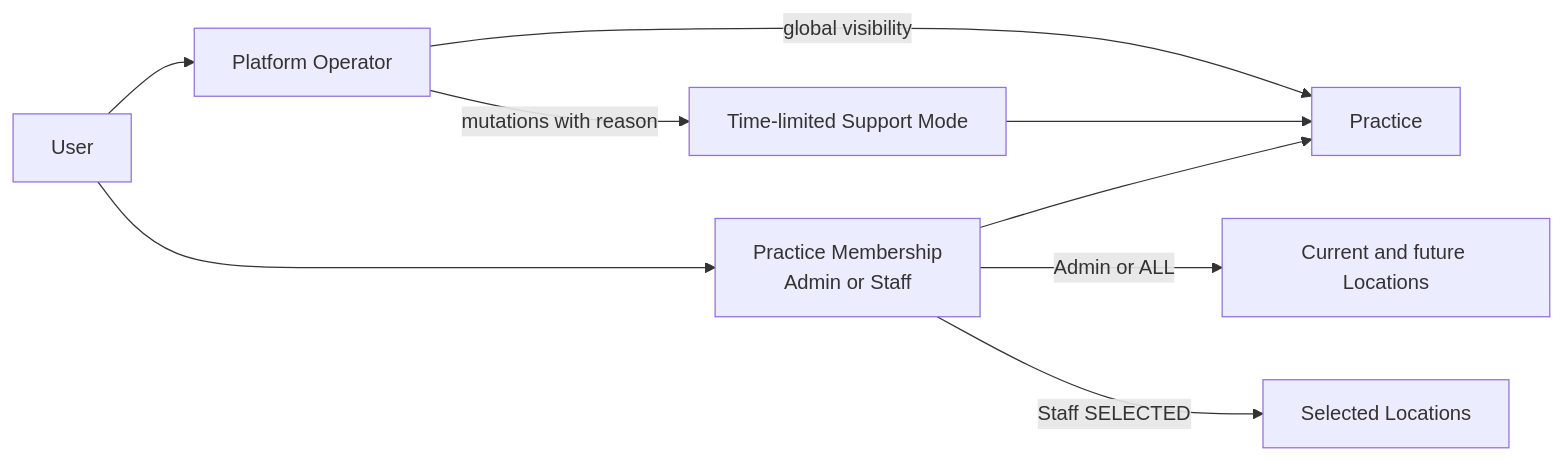
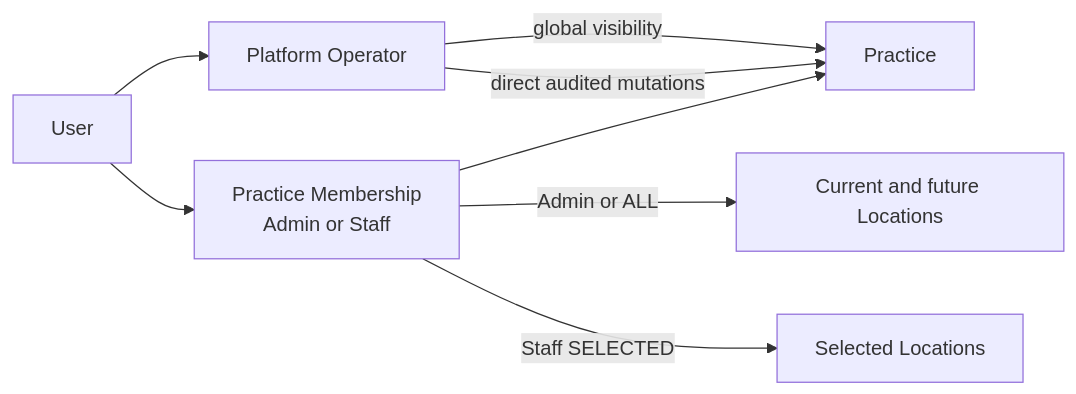
One commit to chasef07/acuity_product changed the second of 8 diagrams in docs/architecture/overview.md. Above: the diagram before and after it, drawn with Mermaid. The commit also changed other lines of this file and 32 other files, not shown here.

````diff
--- a/docs/architecture/overview.md
+++ b/docs/architecture/overview.md
@@ -55,19 +55,17 @@
 ```mermaid
 flowchart LR
     User["User"]
     Operator["Platform Operator"]
     Membership["Practice Membership<br/>Admin or Staff"]
     Practice["Practice"]
     Locations["Current and future Locations"]
     Selected["Selected Locations"]
-    Support["Time-limited Support Mode"]
 
     User --> Operator
     User --> Membership
     Membership --> Practice
     Membership -->|"Admin or ALL"| Locations
     Membership -->|"Staff SELECTED"| Selected
     Operator -->|"global visibility"| Practice
-    Operator -->|"mutations with reason"| Support
-    Support --> Practice
+    Operator -->|"direct audited mutations"| Practice
 ```
````
